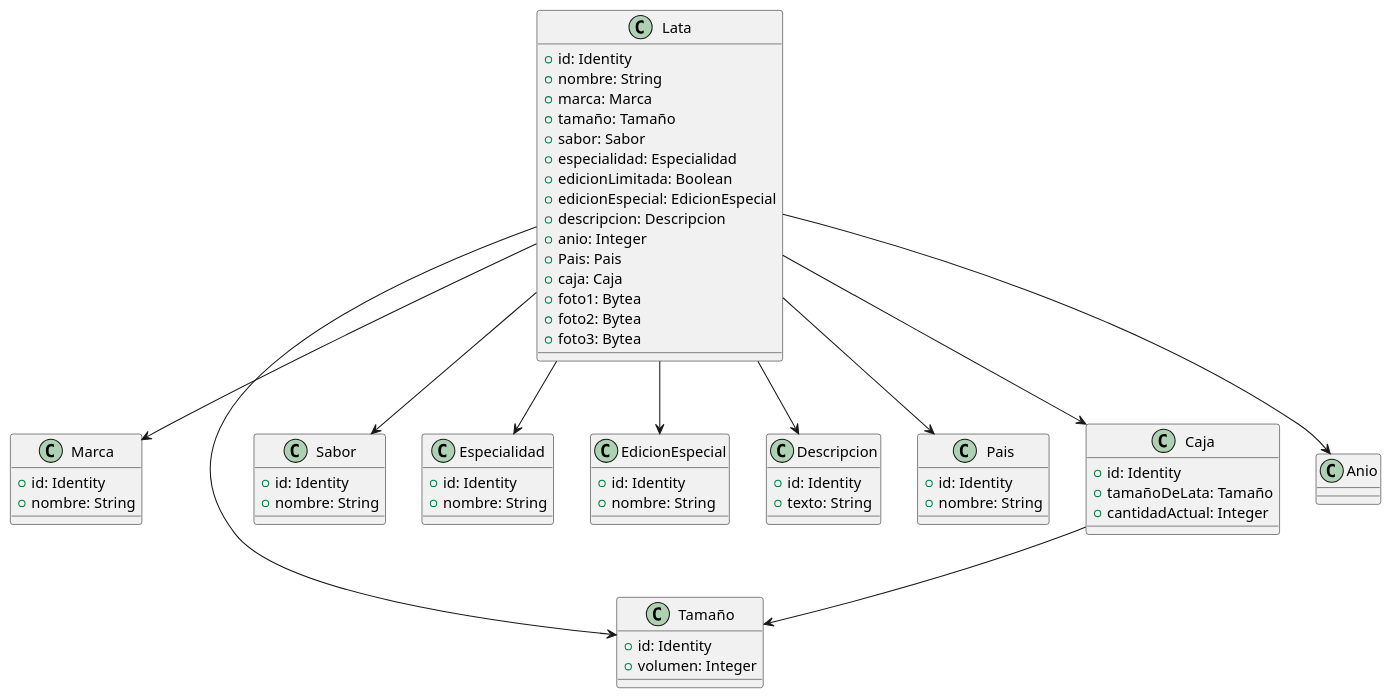
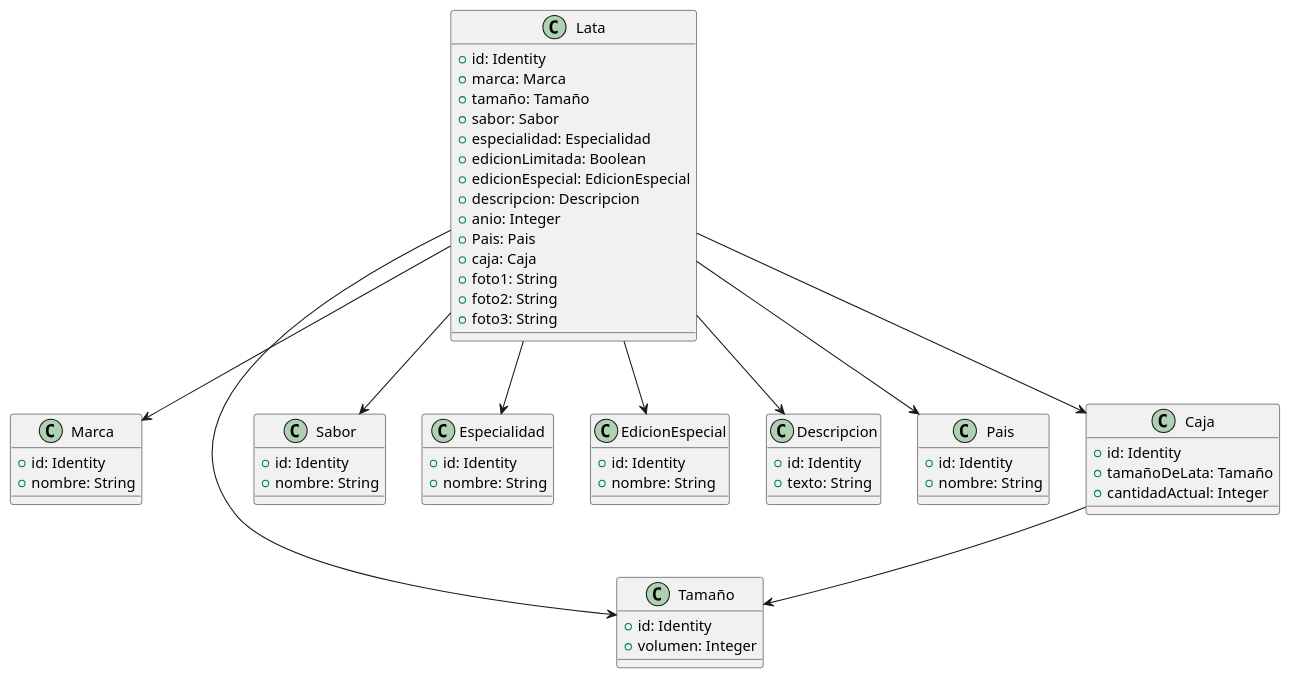
One commit to MartinCostamagna/BackendLatas changed the diagram in Diagrama de Clases.puml. Above: the diagram before and after it, drawn with PlantUML. The commit also changed 38 other files, not shown here.

```diff
--- a/Diagrama de Clases.puml
+++ b/Diagrama de Clases.puml
@@ -1,63 +1,61 @@
 @startuml latas
 class Lata{
     +id: Identity
-    +nombre: String
     +marca: Marca 
     +tamaño: Tamaño
     +sabor: Sabor
     +especialidad: Especialidad
     +edicionLimitada: Boolean
     +edicionEspecial: EdicionEspecial
     +descripcion: Descripcion
     +anio: Integer
     +Pais: Pais
     +caja: Caja
-    +foto1: Bytea
-    +foto2: Bytea
-    +foto3: Bytea
+    +foto1: String
+    +foto2: String
+    +foto3: String
 }
 class Marca{
     +id: Identity
     +nombre: String
 }
 class Tamaño{
     +id: Identity
     +volumen: Integer
 }
 class Sabor{
     +id: Identity
     +nombre: String
 }
 class Especialidad{
     +id: Identity
     +nombre: String
 }
 class EdicionEspecial{
     +id: Identity
     +nombre: String
 }
 class Descripcion{
     +id: Identity
     +texto: String
 }
 class Pais{
     +id: Identity
     +nombre: String
 }
 class Caja{
     +id: Identity
     +tamañoDeLata: Tamaño
     +cantidadActual: Integer
 }
 
 Lata --> Marca
 Lata --> Tamaño
 Lata --> Sabor
 Lata --> Especialidad
 Lata --> EdicionEspecial
 Lata --> Descripcion
-Lata --> Anio
 Lata --> Pais
 Lata --> Caja
 Caja --> Tamaño
 @enduml
```
